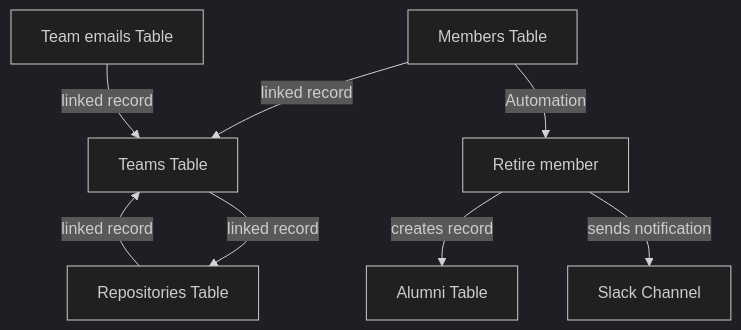
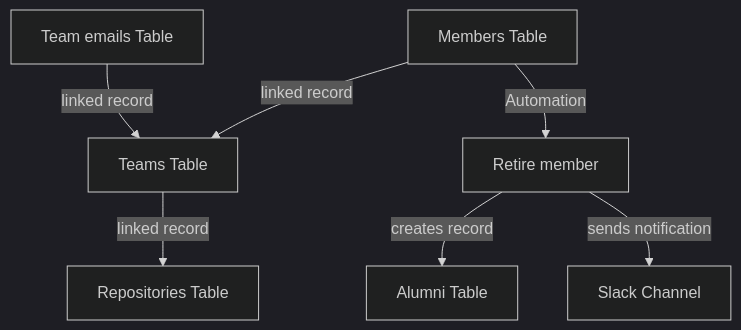
One commit to rladies/rladiesguide changed the diagram in content/coordination/airtable/global-team/index.en.md. Above: the diagram before and after it, drawn with Mermaid (dark theme). The commit also changed other lines of this file and 8 other files, not shown here.

Commit message:
fix mermaid rendering

```diff
--- a/content/coordination/airtable/global-team/index.en.md
+++ b/content/coordination/airtable/global-team/index.en.md
@@ -9,12 +9,11 @@
 {{<mermaid  align="left">}}
 graph TD
 A[Members Table] -->|linked record| B[Teams Table]
 B -->|linked record| D[Repositories Table]
 C[Team emails Table] -->|linked record| B
-D -->|linked record| B
 
     A -->|Automation| F[Retire member]
     F -->|creates record| E[Alumni Table]
     F -->|sends notification| G[Slack Channel]
 
 {{< /mermaid >}}
```
